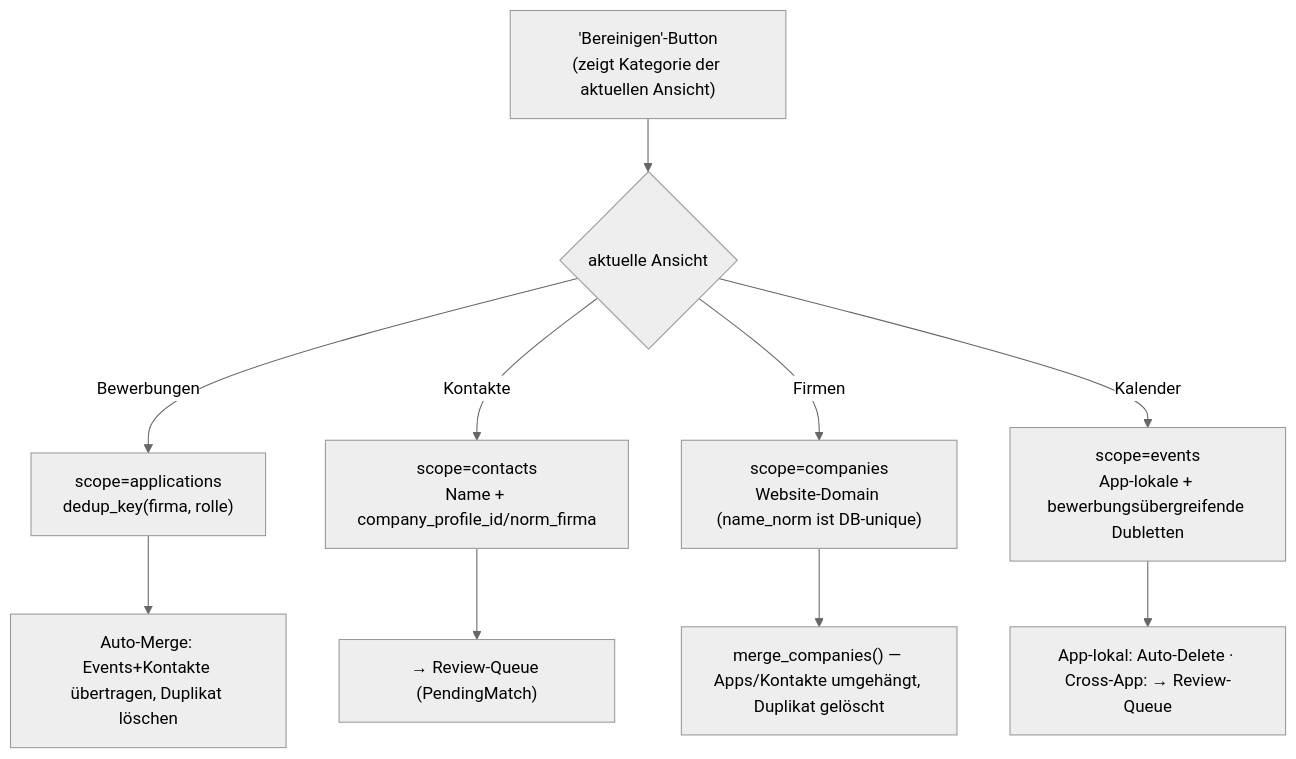
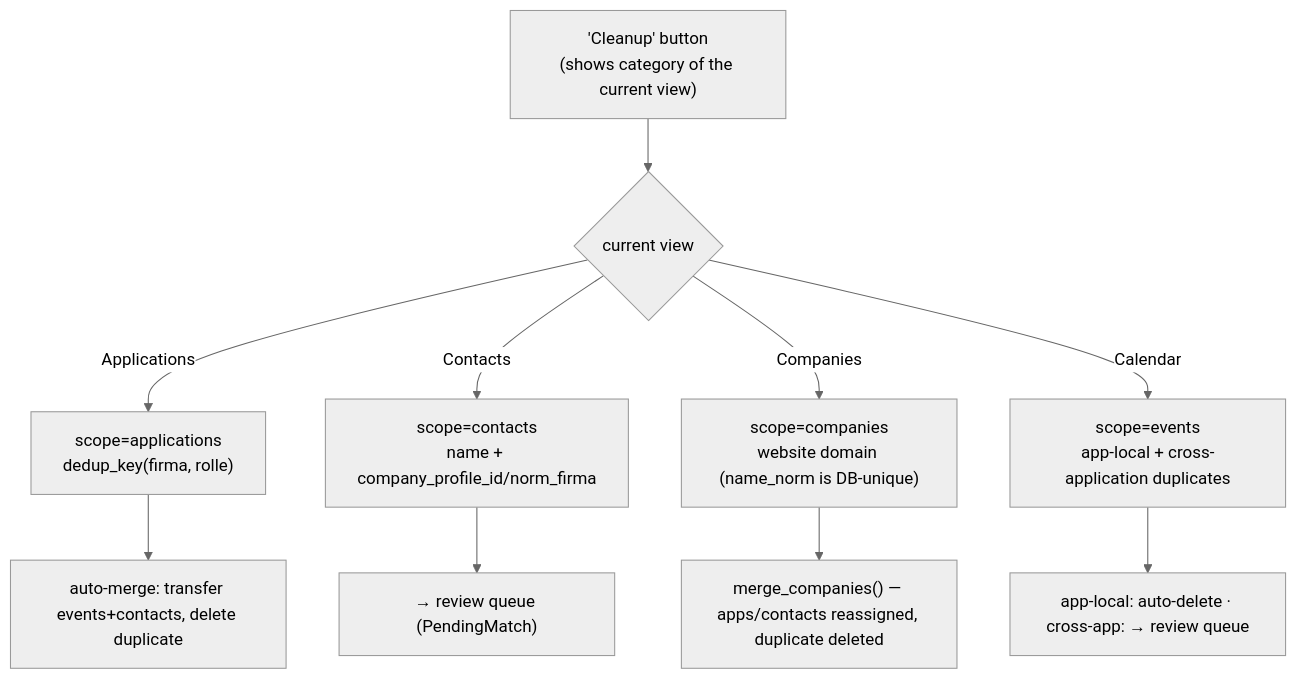
One commit to EGulinsky/rapport changed the sixth of 9 diagrams in docs/ARCHITECTURE.md. Above: the diagram before and after it, drawn with Mermaid (neutral theme). The commit also changed other lines of this file and 6 other files, not shown here.

````diff
--- a/docs/ARCHITECTURE.md
+++ b/docs/ARCHITECTURE.md
@@ -482,12 +482,12 @@
 ```mermaid
 flowchart TB
-    Btn["'Bereinigen'-Button<br/>(zeigt Kategorie der aktuellen Ansicht)"] --> Scope{aktuelle Ansicht}
-    Scope -- Bewerbungen --> App["scope=applications<br/>dedup_key(firma, rolle)"]
-    Scope -- Kontakte --> Con["scope=contacts<br/>Name + company_profile_id/norm_firma"]
-    Scope -- Firmen --> Comp["scope=companies<br/>Website-Domain (name_norm ist DB-unique)"]
-    Scope -- Kalender --> Ev["scope=events<br/>App-lokale + bewerbungsübergreifende Dubletten"]
-    App --> Merge1["Auto-Merge: Events+Kontakte übertragen, Duplikat löschen"]
-    Con --> Review["→ Review-Queue (PendingMatch)"]
-    Comp --> Merge2["merge_companies() — Apps/Kontakte umgehängt, Duplikat gelöscht"]
-    Ev --> Auto["App-lokal: Auto-Delete · Cross-App: → Review-Queue"]
+    Btn["'Cleanup' button<br/>(shows category of the current view)"] --> Scope{current view}
+    Scope -- Applications --> App["scope=applications<br/>dedup_key(firma, rolle)"]
+    Scope -- Contacts --> Con["scope=contacts<br/>name + company_profile_id/norm_firma"]
+    Scope -- Companies --> Comp["scope=companies<br/>website domain (name_norm is DB-unique)"]
+    Scope -- Calendar --> Ev["scope=events<br/>app-local + cross-application duplicates"]
+    App --> Merge1["auto-merge: transfer events+contacts, delete duplicate"]
+    Con --> Review["→ review queue (PendingMatch)"]
+    Comp --> Merge2["merge_companies() — apps/contacts reassigned, duplicate deleted"]
+    Ev --> Auto["app-local: auto-delete · cross-app: → review queue"]
 ```
````
